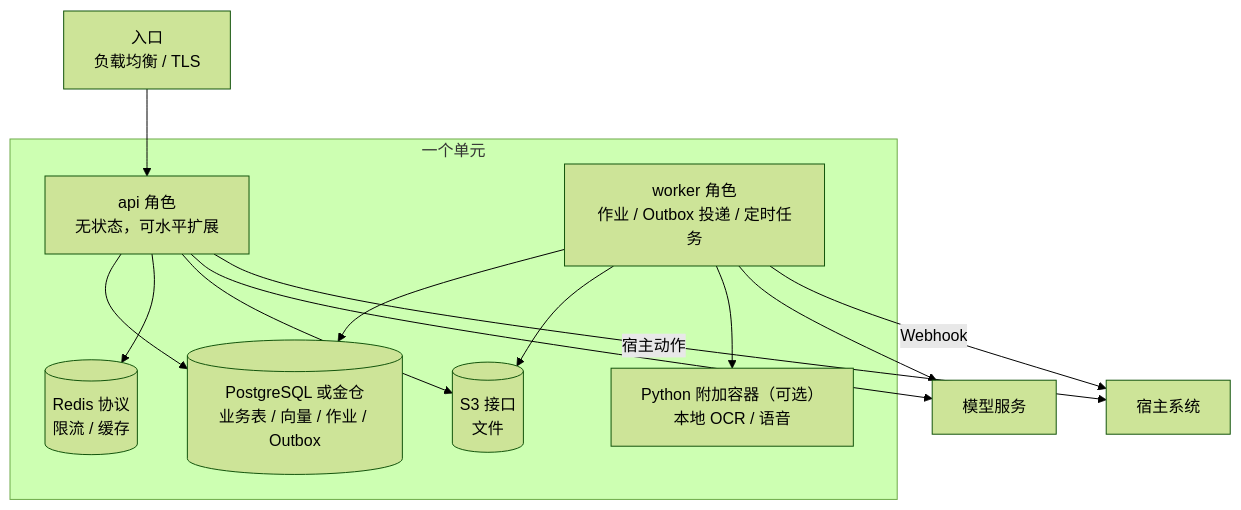
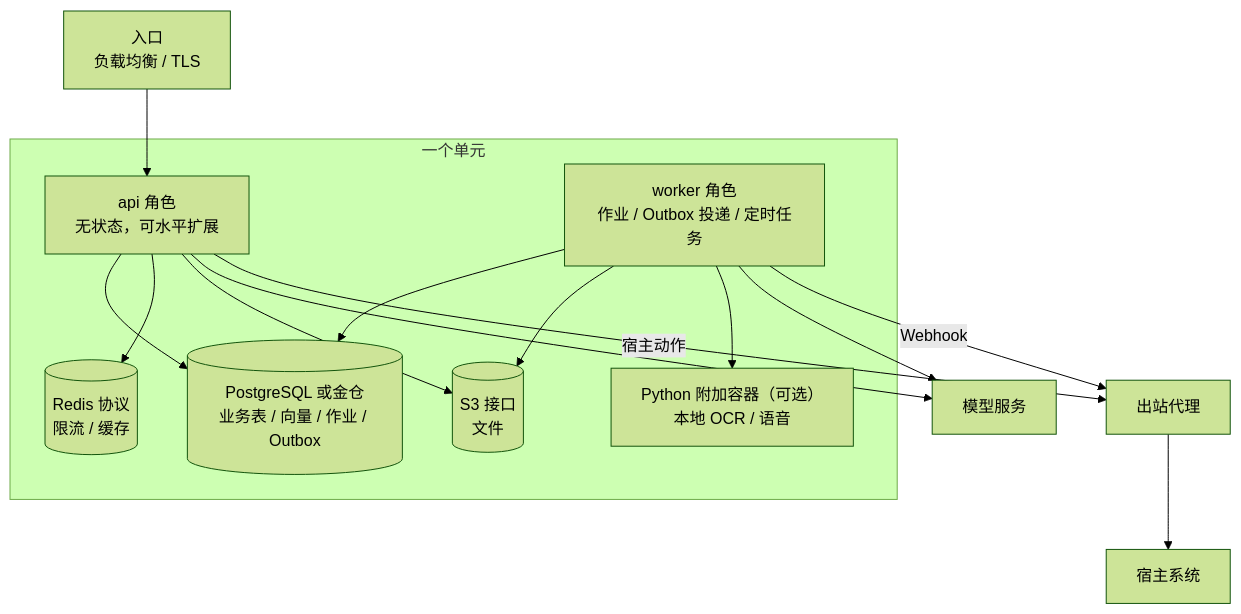
Before and after one commit to brix-kit-dev/intergent: the third of 9 diagrams in docs/ai-engine-architecture-blueprint.md, drawn with Mermaid (forest theme). The commit also changed other lines of this file, not shown here.

First line of the commit message:
docs(blueprint): give host callbacks their own way out (point 19)

````diff
--- a/docs/ai-engine-architecture-blueprint.md
+++ b/docs/ai-engine-architecture-blueprint.md
@@ -207,25 +207,26 @@
 ```mermaid
 flowchart TB
     IN["入口<br/>负载均衡 / TLS"]
     subgraph cell["一个单元"]
         API["api 角色<br/>无状态，可水平扩展"]
         WK["worker 角色<br/>作业 / Outbox 投递 / 定时任务"]
         DB[("PostgreSQL 或金仓<br/>业务表 / 向量 / 作业 / Outbox")]
         RD[("Redis 协议<br/>限流 / 缓存")]
         OB[("S3 接口<br/>文件")]
         PY["Python 附加容器（可选）<br/>本地 OCR / 语音"]
     end
     MODEL["模型服务"]
     HOST["宿主系统"]
     IN --> API
     API --> DB
     API --> RD
     API --> OB
     WK --> DB
     WK --> OB
     WK --> PY
     API --> MODEL
     WK --> MODEL
-    WK -->|"Webhook"| HOST
-    API -->|"宿主动作"| HOST
+    WK -->|"Webhook"| EG
+    API -->|"宿主动作"| EG
+    EG["出站代理"] --> HOST
 ```
````
